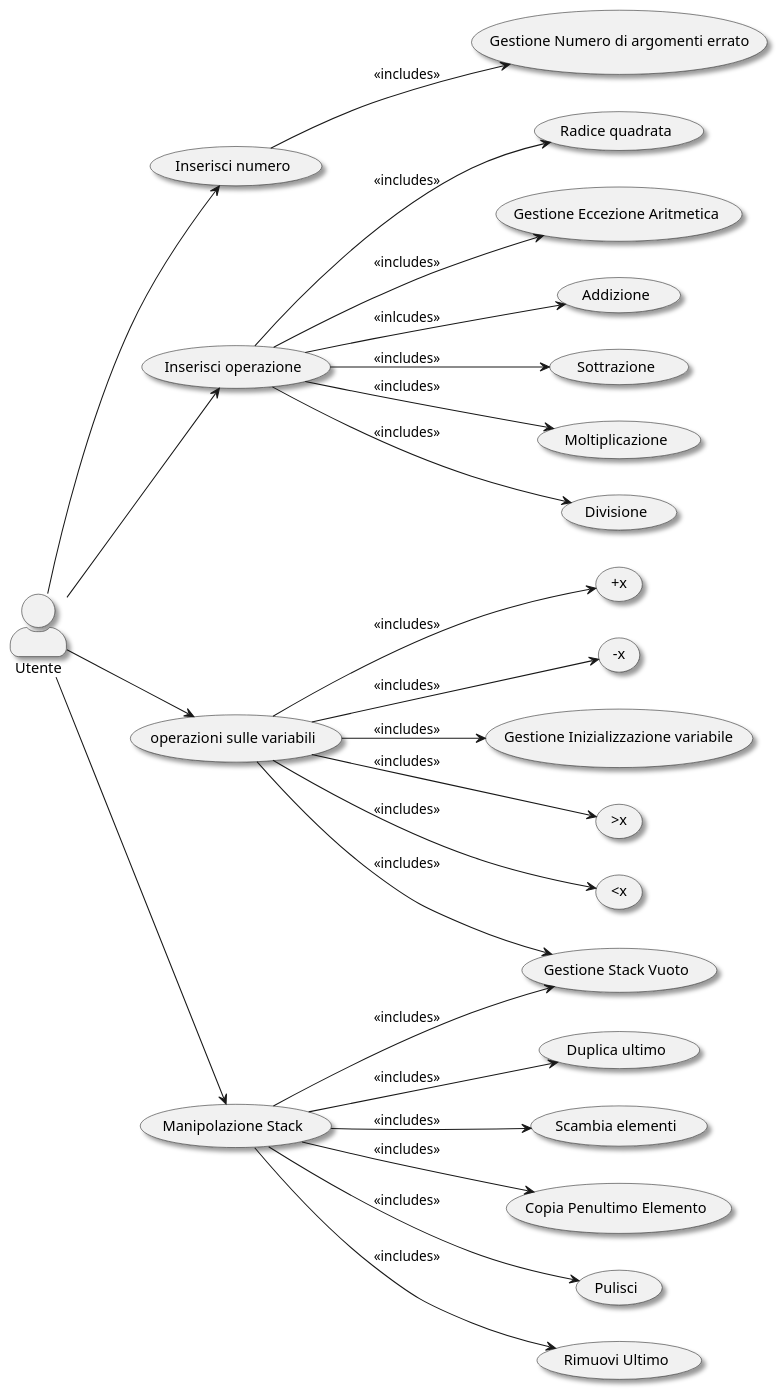
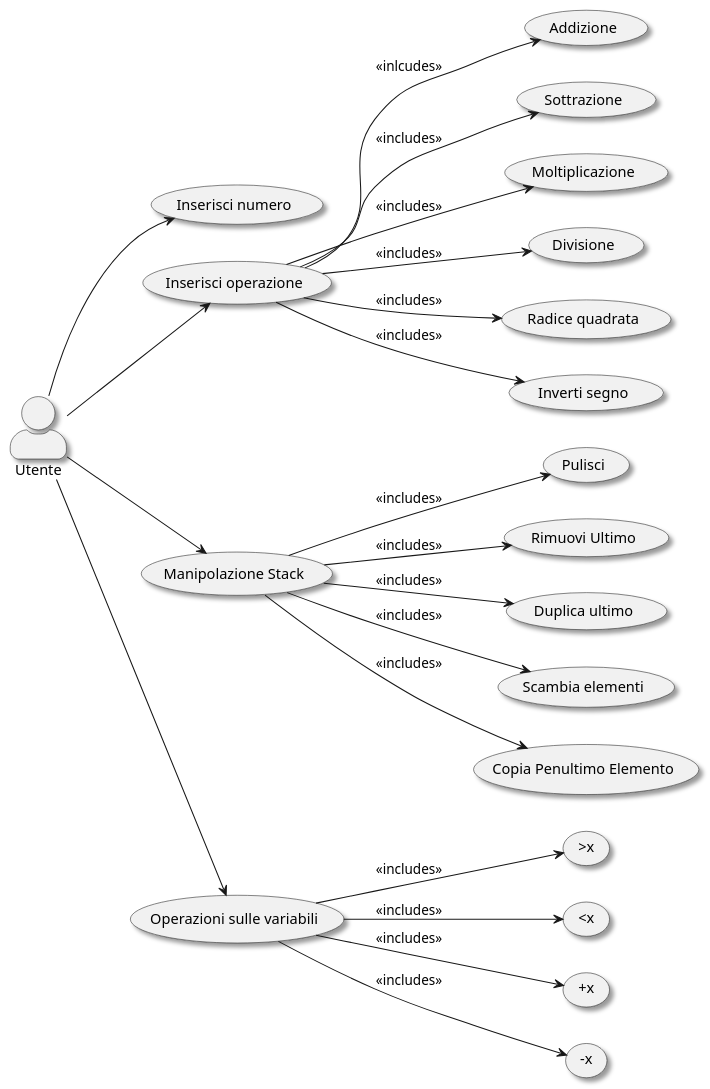
The diagram in CalcolatriceProgrammabile/UseCaseDiagramm/Usecasecal.puml (LuciaNancyLavista/Gruppo06_software_eng_L.I.V.P), drawn with PlantUML before and after one commit. The commit also changed 1 other file, not shown here.

```diff
--- a/CalcolatriceProgrammabile/UseCaseDiagramm/Usecasecal.puml
+++ b/CalcolatriceProgrammabile/UseCaseDiagramm/Usecasecal.puml
@@ -1,68 +1,54 @@
 @startuml calcolatrice
 skinparam actorStyle awesome
 skinparam shadowing true
 left to right direction
 
 actor "Utente" as user 
 
 usecase "Inserisci numero" as inserisci
 usecase "Inserisci operazione" as operazione
 usecase "Addizione" as add 
 usecase "Sottrazione" as minus
 usecase "Moltiplicazione" as multiply
 usecase "Divisione" as division
 usecase "Radice quadrata" as sqrt 
-
-usecase "Gestione Eccezione Aritmetica" as exc_ari 
-usecase "Gestione Stack Vuoto" as stack_empty
-usecase "Gestione Numero di argomenti errato" as wrong_argumets
-usecase "Gestione Inizializzazione variabile" as GIv
+usecase "Inverti segno" as invsign
 
 
 usecase "Manipolazione Stack" as manipolazione
 usecase "Pulisci" as clear
 usecase "Rimuovi Ultimo" as drop
 usecase "Duplica ultimo" as dup
 usecase "Scambia elementi" as swap
 usecase "Copia Penultimo Elemento" as over 
 
-usecase "operazioni sulle variabili" as Support 
+usecase "Operazioni sulle variabili" as Support 
 usecase ">x" as salva 
 usecase "<x" as copia 
 usecase "+x" as sommaVar 
 usecase "-x" as diffVar 
 
 
 user --> inserisci
-inserisci --> wrong_argumets : <<includes>> 
-
 
 user  --> operazione
-operazione --> exc_ari : <<includes>>
 operazione --> add : <<inlcudes>>
 operazione --> minus : <<includes>>
 operazione --> multiply : <<includes>>
 operazione --> division : <<includes>>
 operazione --> sqrt : <<includes>>
-
+operazione --> invsign : <<includes>>
 
 user --> manipolazione 
-manipolazione --> stack_empty : <<includes>>
 manipolazione --> clear : <<includes>>
 manipolazione --> drop : <<includes>>
 manipolazione --> dup : <<includes>>
 manipolazione --> swap : <<includes>>
 manipolazione -->over : <<includes>>
 
 user --> Support 
-Support --> GIv : <<includes>>
-Support --> stack_empty : <<includes>>
 Support --> salva : <<includes>>
 Support --> copia : <<includes>>
 Support --> sommaVar : <<includes>>
 Support --> diffVar : <<includes>>
-
-
-
-
 @enduml
```
